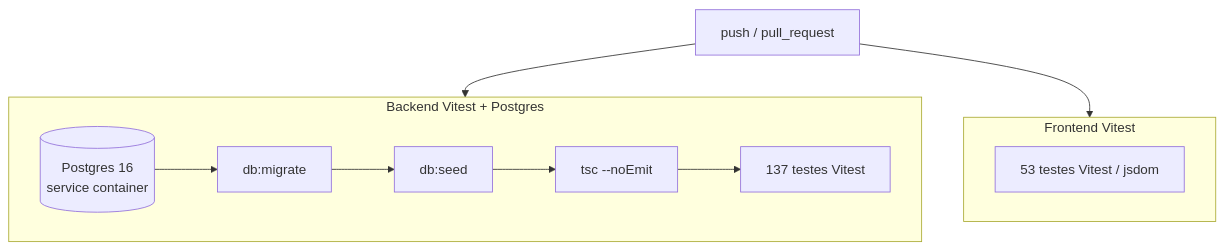
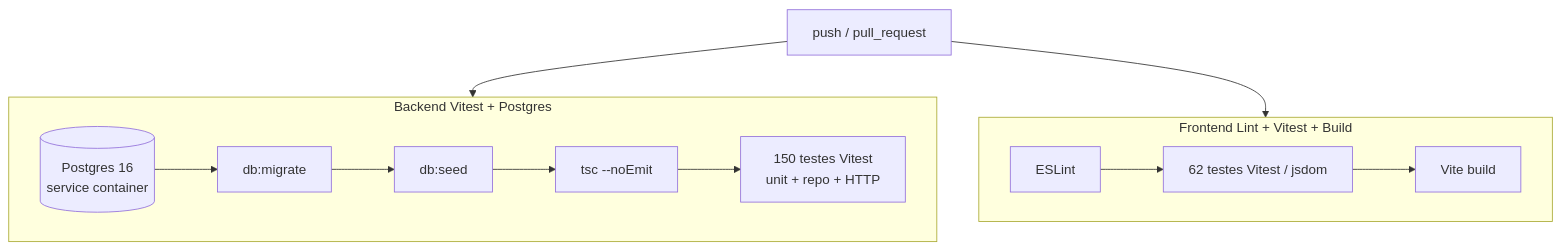
Before and after one commit to lacavaalex/Controle-de-Estoque-CEO: the diagram in docs/qualidade/ci.md, drawn with Mermaid. The commit also changed other lines of this file and 2 other files, not shown here.

First line of the commit message:
ci(qualidade): lint+build no front, corrige contagens e doc de branch protection

````diff
--- a/docs/qualidade/ci.md
+++ b/docs/qualidade/ci.md
@@ -12,16 +12,17 @@
 ```mermaid
 flowchart TB
     push[push / pull_request] --> back[Job: Backend]
     push --> front[Job: Frontend]
 
     subgraph back [Backend Vitest + Postgres]
         pg[(Postgres 16<br/>service container)] --> mig[db:migrate]
         mig --> seed[db:seed]
         seed --> tsc[tsc --noEmit]
-        tsc --> t1[137 testes Vitest]
+        tsc --> t1[150 testes Vitest<br/>unit + repo + HTTP]
     end
 
-    subgraph front [Frontend Vitest]
-        t2[53 testes Vitest / jsdom]
+    subgraph front [Frontend Lint + Vitest + Build]
+        lint[ESLint] --> t2[62 testes Vitest / jsdom]
+        t2 --> build[Vite build]
     end
 ```
````
